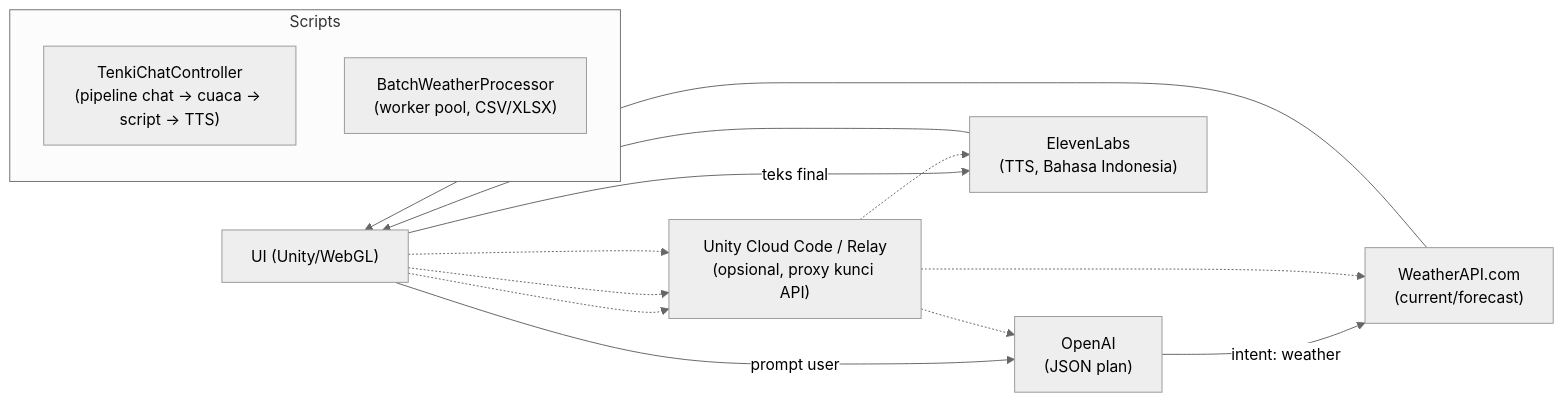
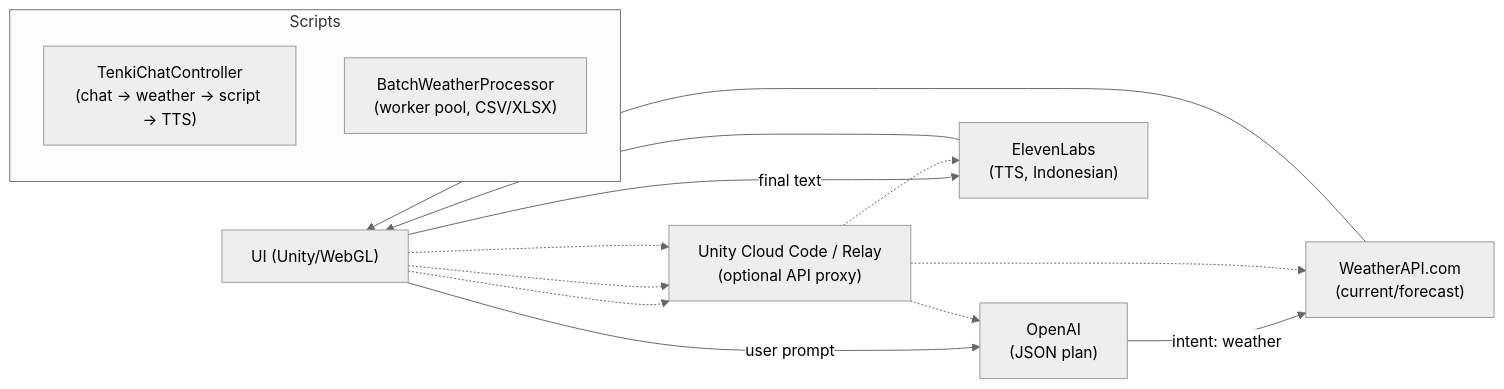
One commit to muhammadIdhamMaarif/Tenki-Weather changed the diagram in README.md. Above: the diagram before and after it, drawn with Mermaid (neutral theme). The commit also changed other lines of this file, not shown here.

````diff
--- a/README.md
+++ b/README.md
@@ -46,19 +35,17 @@
 ```mermaid
 flowchart LR
-  UI["UI (Unity/WebGL)"] -->|prompt user| OpenAI["OpenAI<br/>(JSON plan)"]
+  UI["UI (Unity/WebGL)"] -->|user prompt| OpenAI["OpenAI<br/>(JSON plan)"]
   OpenAI -->|intent: weather| WeatherAPI["WeatherAPI.com<br/>(current/forecast)"]
   WeatherAPI --> UI
-  UI -->|teks final| ElevenLabs["ElevenLabs<br/>(TTS, Bahasa Indonesia)"]
+  UI -->|final text| ElevenLabs["ElevenLabs<br/>(TTS, Indonesian)"]
   ElevenLabs --> UI
 
-  %% Jalur alternatif (opsional)
-  UI -.-> CloudCode["Unity Cloud Code / Relay<br/>(opsional, proxy kunci API)"] -.-> OpenAI
+  UI -.-> CloudCode["Unity Cloud Code / Relay<br/>(optional API proxy)"] -.-> OpenAI
   UI -.-> CloudCode -.-> WeatherAPI
   UI -.-> CloudCode -.-> ElevenLabs
 
-  %% Sorot skrip utama
   subgraph Scripts
-    A["TenkiChatController<br/>(pipeline chat → cuaca → script → TTS)"]
+    A["TenkiChatController<br/>(chat → weather → script → TTS)"]
     B["BatchWeatherProcessor<br/>(worker pool, CSV/XLSX)"]
   end
 ```
````
